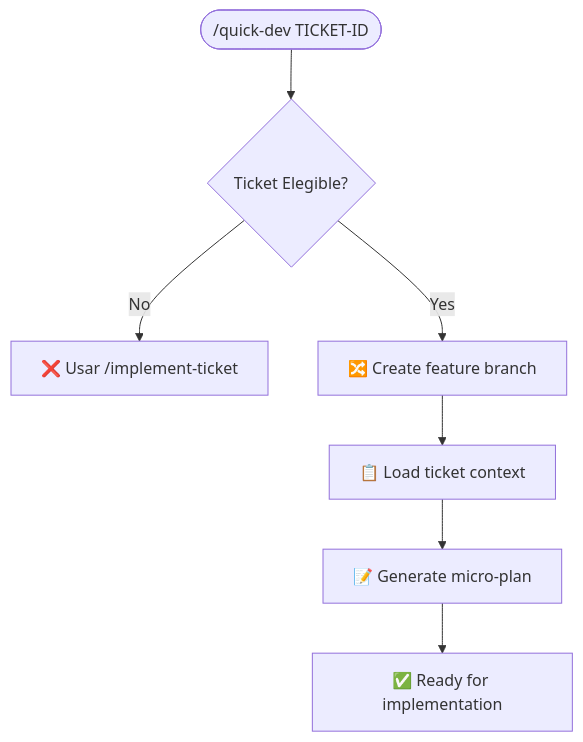
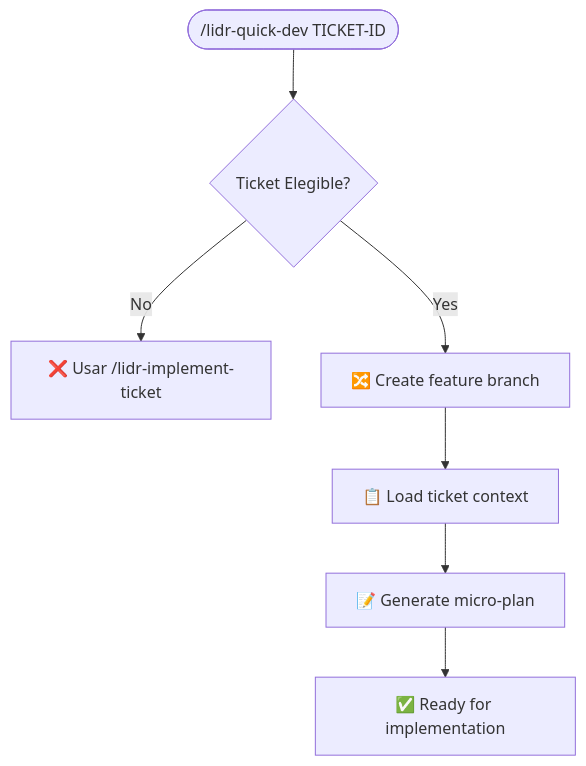
The first of 3 diagrams in .agents/commands/lidr-quick-dev.md (LIDR-IT/ai-assisted-workflow), drawn with Mermaid before and after one commit. The commit also changed other lines of this file and 166 other files, not shown here.

````diff
--- a/.agents/commands/lidr-quick-dev.md
+++ b/.agents/commands/lidr-quick-dev.md
@@ -73,9 +73,9 @@
 ```mermaid
 flowchart TD
-    Start([/quick-dev TICKET-ID]) --> Validate{Ticket Elegible?}
-    Validate -->|No| Stop[❌ Usar /implement-ticket]
+    Start([/lidr-quick-dev TICKET-ID]) --> Validate{Ticket Elegible?}
+    Validate -->|No| Stop[❌ Usar /lidr-implement-ticket]
     Validate -->|Yes| Branch[🔀 Create feature branch]
     Branch --> Context[📋 Load ticket context]
     Context --> Plan[📝 Generate micro-plan]
     Plan --> Ready[✅ Ready for implementation]
 ```
````
